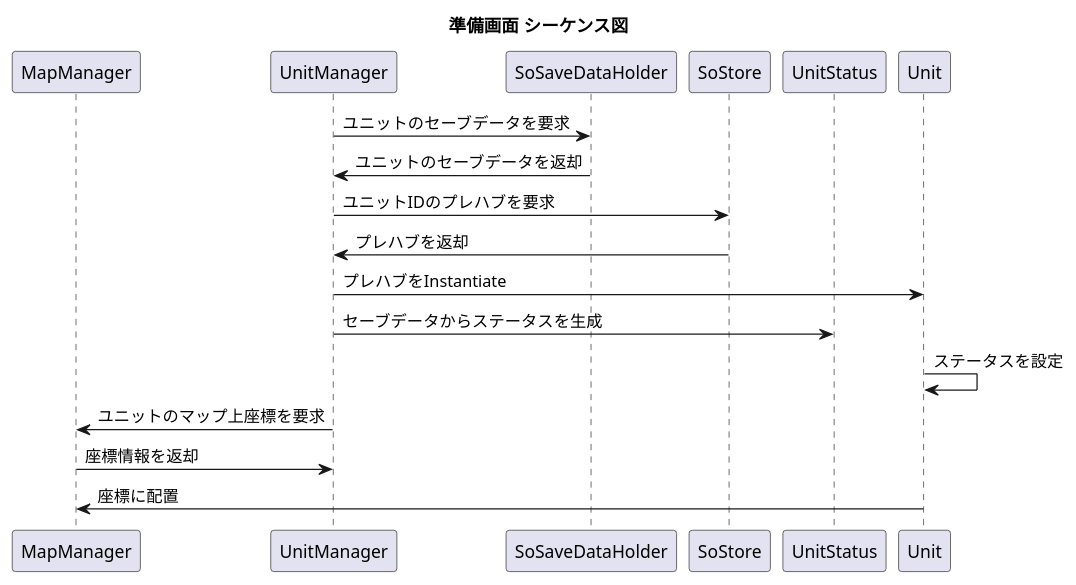
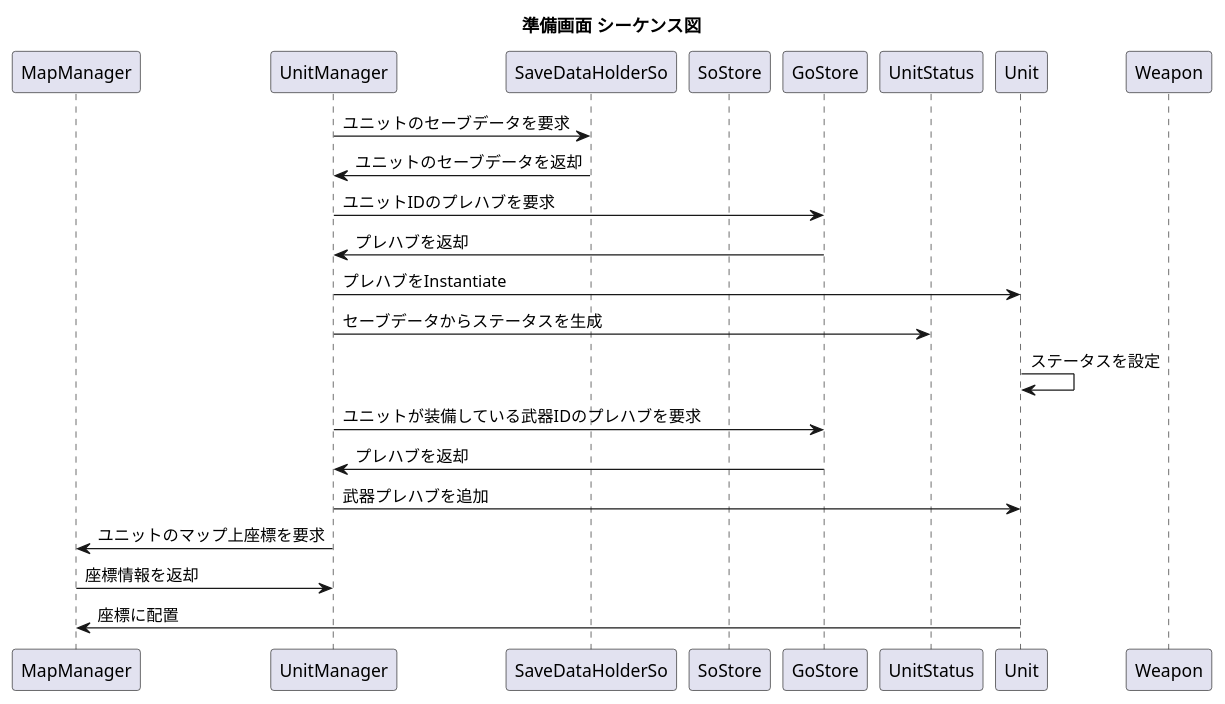
Before and after one commit to BeppuKanato/2D_SRPG: the diagram in Docs/uml/prepare/sequence.pu, drawn with PlantUML. The commit also changed 93 other files, not shown here.

```diff
--- a/Docs/uml/prepare/sequence.pu
+++ b/Docs/uml/prepare/sequence.pu
@@ -1,25 +1,31 @@
 @startuml
 title 準備画面 シーケンス図
 
 participant MapManager
 participant UnitManager
-participant SoSaveDataHolder
+participant SaveDataHolderSo
 participant SoStore
+participant GoStore
 participant UnitStatus
 participant Unit
+participant Weapon
 
-UnitManager -> SoSaveDataHolder: ユニットのセーブデータを要求
-SoSaveDataHolder -> UnitManager: ユニットのセーブデータを返却
+UnitManager -> SaveDataHolderSo: ユニットのセーブデータを要求
+SaveDataHolderSo -> UnitManager: ユニットのセーブデータを返却
 
-UnitManager -> SoStore: ユニットIDのプレハブを要求
-SoStore -> UnitManager: プレハブを返却
+UnitManager -> GoStore: ユニットIDのプレハブを要求
+GoStore -> UnitManager: プレハブを返却
 
 UnitManager -> Unit: プレハブをInstantiate
 UnitManager -> UnitStatus: セーブデータからステータスを生成
 Unit -> Unit: ステータスを設定
+
+UnitManager -> GoStore: ユニットが装備している武器IDのプレハブを要求
+GoStore -> UnitManager: プレハブを返却
+UnitManager -> Unit: 武器プレハブを追加
 
 UnitManager -> MapManager: ユニットのマップ上座標を要求
 MapManager -> UnitManager: 座標情報を返却
 Unit -> MapManager: 座標に配置
 
 @enduml
```
